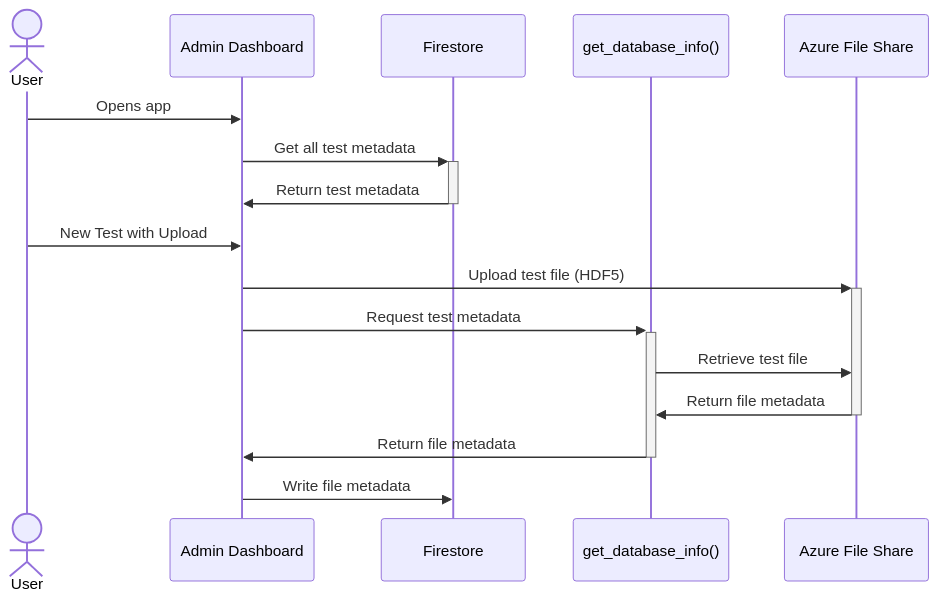
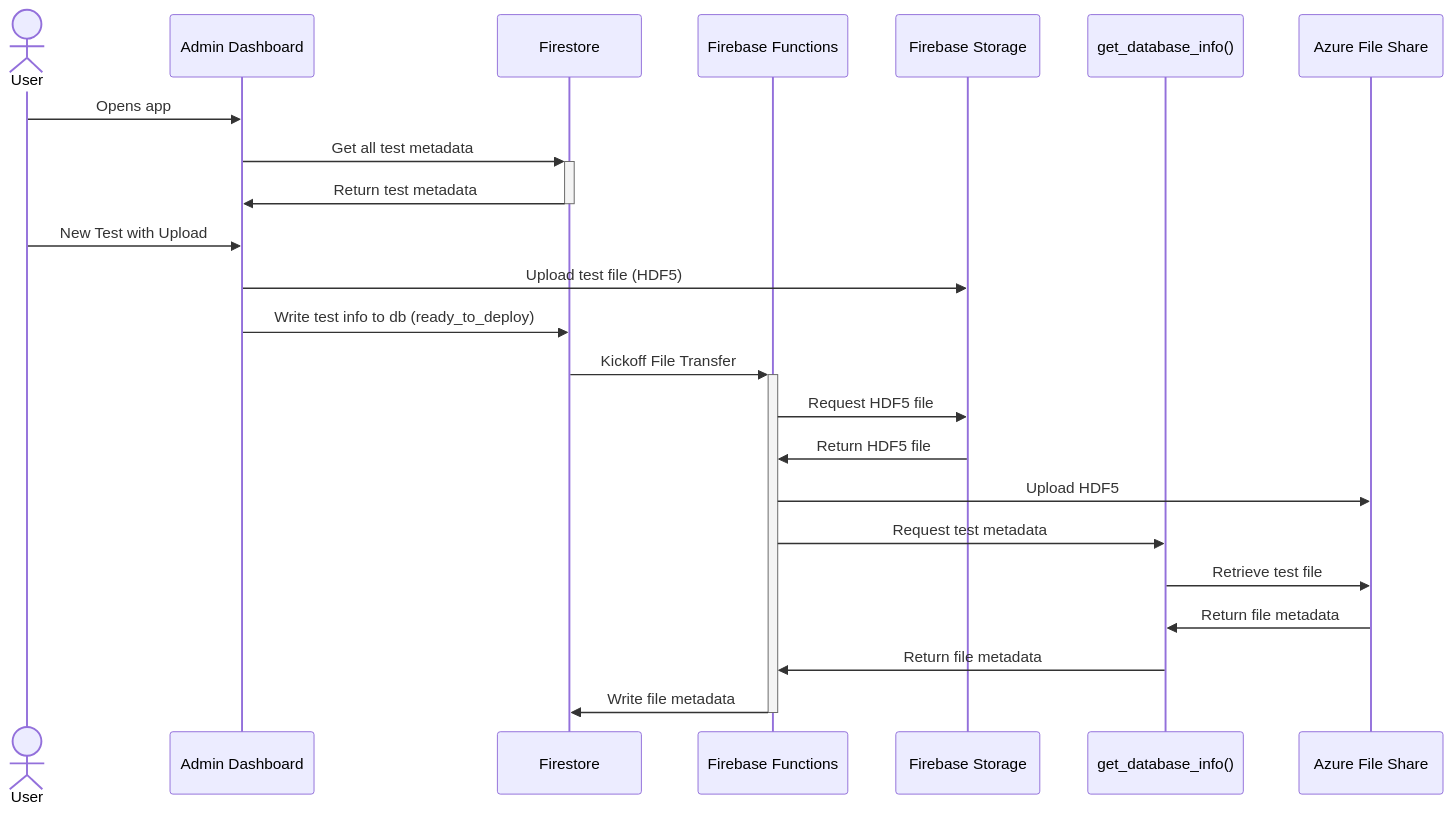
Before and after one commit to rajanphadnis/psp-data-viewer: the third of 4 diagrams in docs/src/pages/architecture/index.md, drawn with Mermaid. The commit also changed other lines of this file and 3 other files, not shown here.

````diff
--- a/docs/src/pages/architecture/index.md
+++ b/docs/src/pages/architecture/index.md
@@ -88,21 +88,27 @@
 ```mermaid
 sequenceDiagram
-actor U as User
-participant W as Admin Dashboard
+actor usr as User
+participant admin as Admin Dashboard
 participant f as Firestore
-participant G as get_database_info()
-participant A as Azure File Share
+participant f_fxn as Firebase Functions
+participant storage as Firebase Storage
+participant api as get_database_info()
+participant azure as Azure File Share
 
-U->>W: Opens app
-W->>+f: Get all test metadata
-f->>-W: Return test metadata
+usr->>admin: Opens app
+admin->>+f: Get all test metadata
+f->>-admin: Return test metadata
 
-U->>W: New Test with Upload
-W->>+A: Upload test file (HDF5)
-W->>+G: Request test metadata
-G->>A: Retrieve test file
-A->>-G: Return file metadata
-G->>-W: Return file metadata
-W->>f: Write file metadata
-
+usr->>admin: New Test with Upload
+admin->>storage: Upload test file (HDF5)
+admin->>f: Write test info to db (ready_to_deploy)
+f->>+f_fxn: Kickoff File Transfer
+f_fxn->>storage: Request HDF5 file
+storage->>f_fxn: Return HDF5 file
+f_fxn->>azure: Upload HDF5
+f_fxn->>api: Request test metadata
+api->>azure: Retrieve test file
+azure->>api: Return file metadata
+api->>f_fxn: Return file metadata
+f_fxn->>-f: Write file metadata
 ```
````
